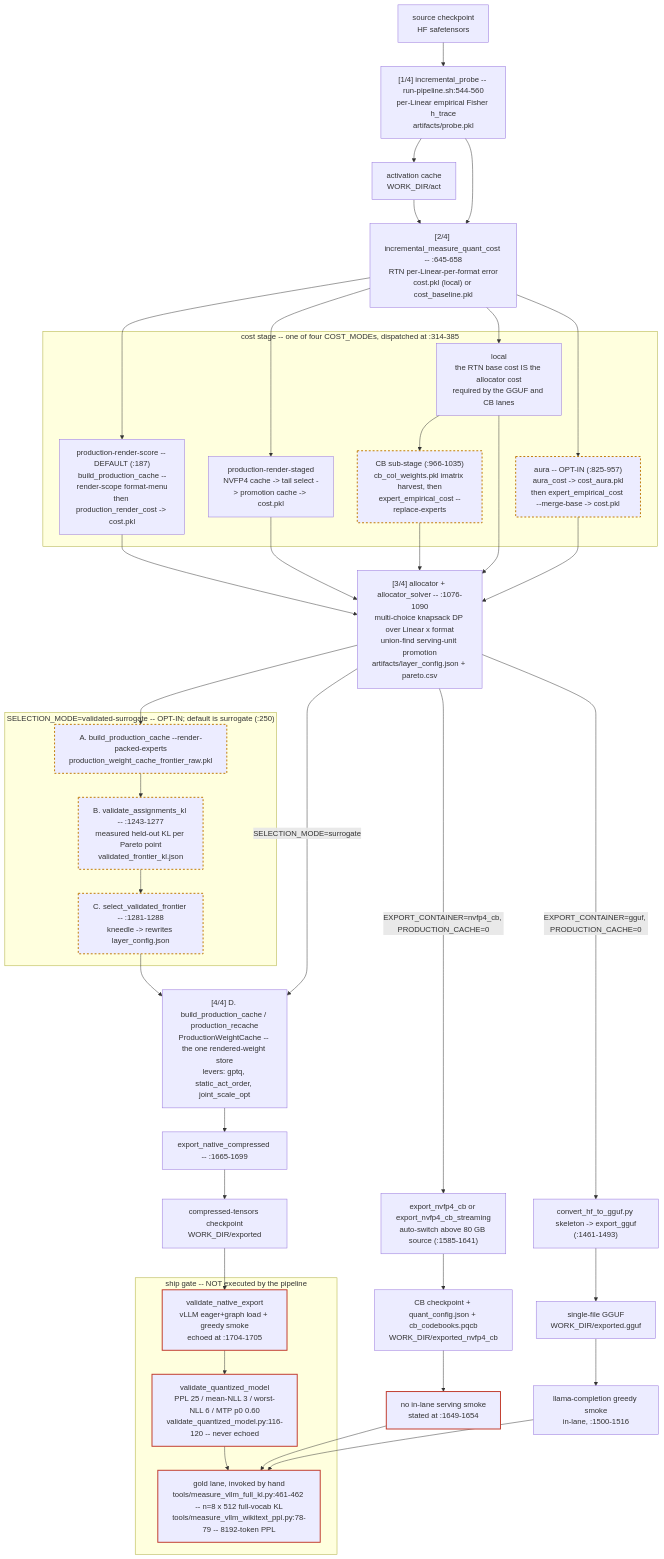
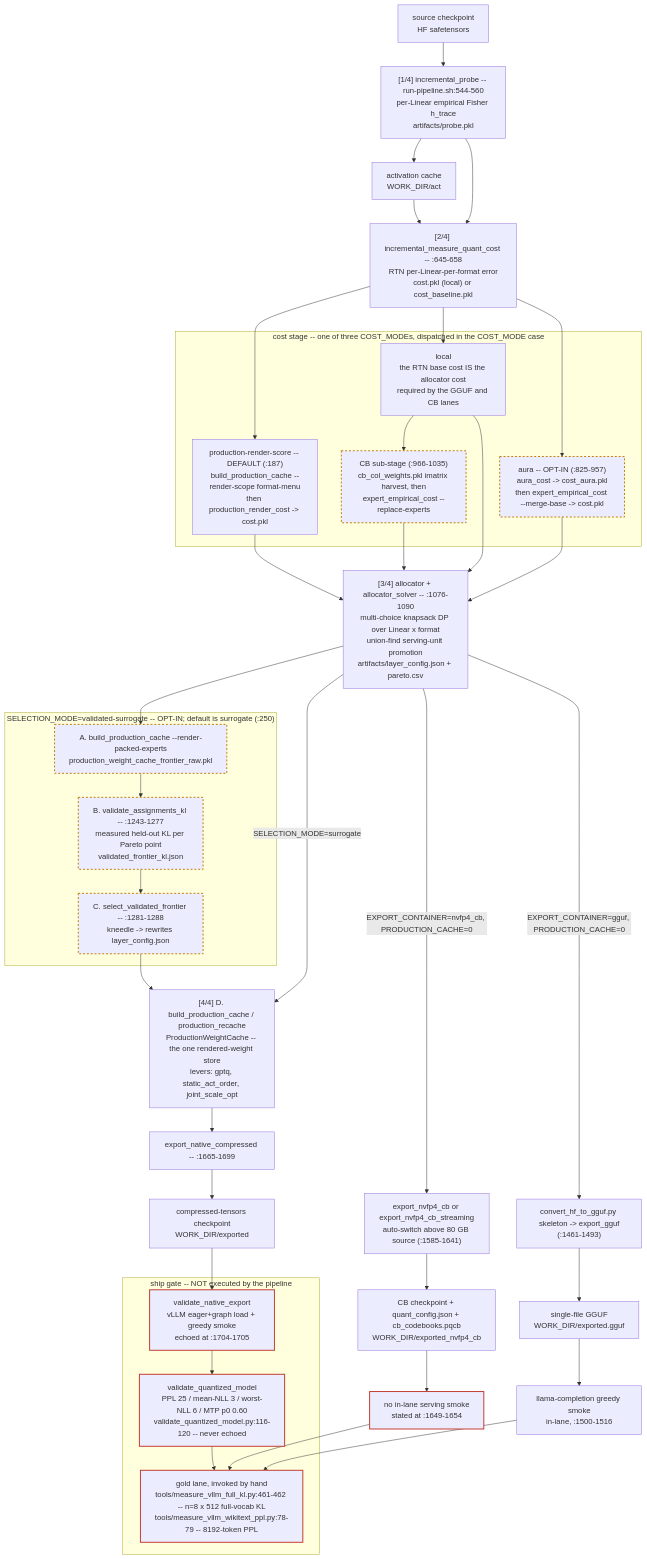
Before and after one commit to JeffreyLatter/prismaquant: the first of 3 diagrams in docs/ARCHITECTURE.md, drawn with Mermaid. The commit also changed other lines of this file and 57 other files, not shown here.

```diff
--- a/docs/ARCHITECTURE.md
+++ b/docs/ARCHITECTURE.md
@@ -198,16 +204,14 @@
   PROBE --> BASE
   ACT --> BASE
 
-  subgraph COST["cost stage -- one of four COST_MODEs, dispatched at :314-385"]
+  subgraph COST["cost stage -- one of three COST_MODEs, dispatched in the COST_MODE case"]
     PRS["production-render-score -- DEFAULT (:187)<br/>build_production_cache --render-scope format-menu<br/>then production_render_cost -> cost.pkl"]
-    STG["production-render-staged<br/>NVFP4 cache -> tail select -> promotion cache -> cost.pkl"]
     LOC["local<br/>the RTN base cost IS the allocator cost<br/>required by the GGUF and CB lanes"]
     AUR["aura -- OPT-IN (:825-957)<br/>aura_cost -> cost_aura.pkl<br/>then expert_empirical_cost --merge-base -> cost.pkl"]
     CBH["CB sub-stage (:966-1035)<br/>cb_col_weights.pkl imatrix harvest, then<br/>expert_empirical_cost --replace-experts"]
   end
 
   BASE --> PRS
-  BASE --> STG
   BASE --> LOC
   BASE --> AUR
   LOC --> CBH
@@ -215,7 +219,6 @@
   ALLOC["[3/4] allocator + allocator_solver -- :1076-1090<br/>multi-choice knapsack DP over Linear x format<br/>union-find serving-unit promotion<br/>artifacts/layer_config.json + pareto.csv"]
 
   PRS --> ALLOC
-  STG --> ALLOC
   LOC --> ALLOC
   AUR --> ALLOC
   CBH --> ALLOC
```
